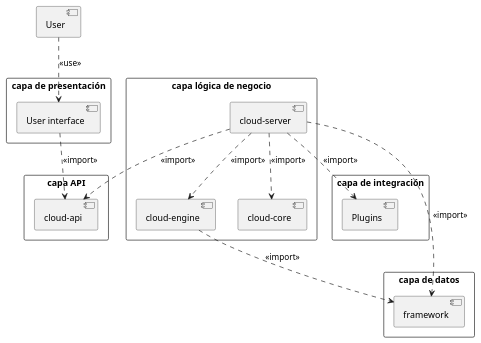
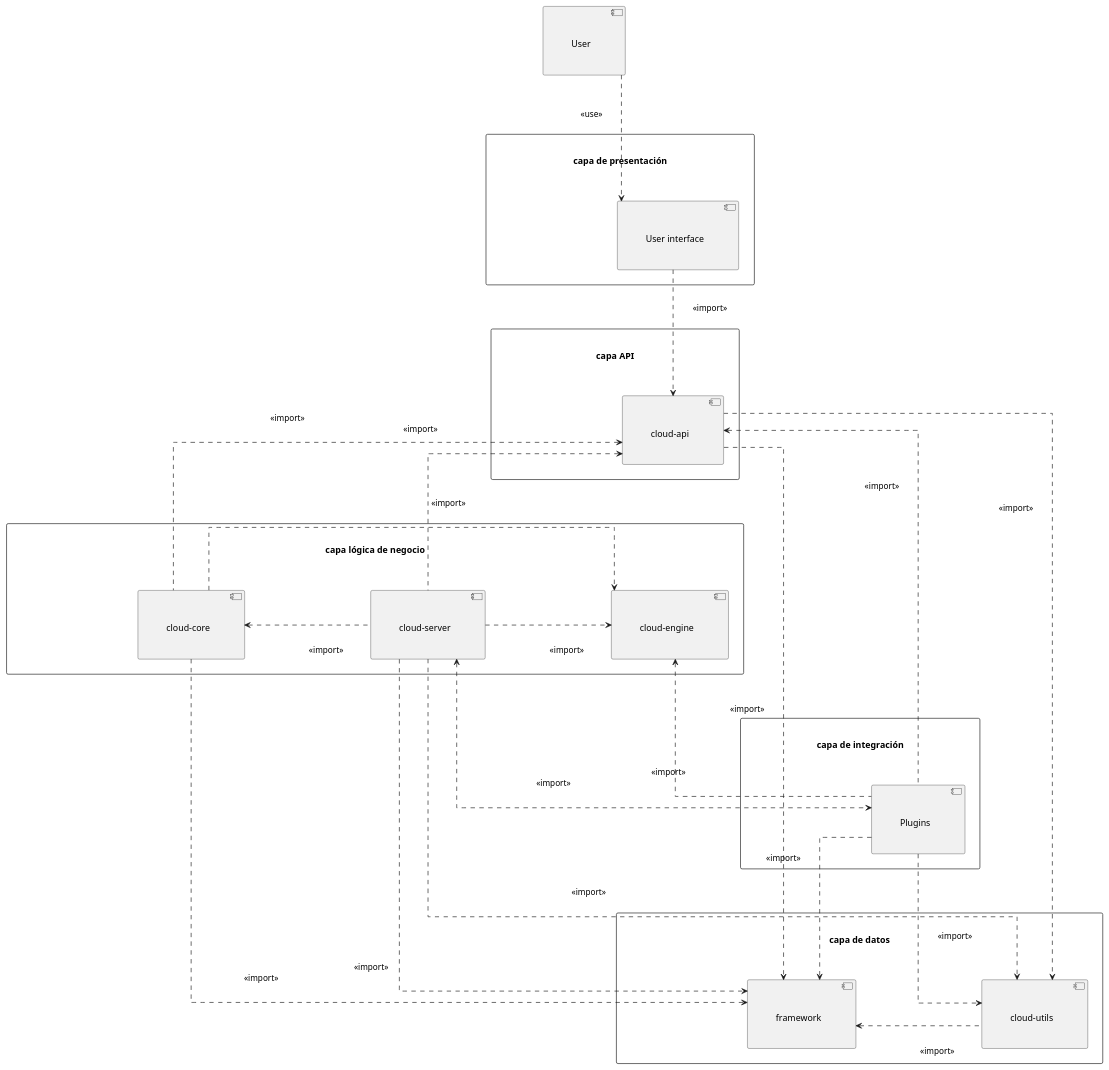
One commit to Rotrex53/Arquitectura-CloudStack changed the diagram in development.puml. Above: the diagram before and after it, drawn with PlantUML.

Commit message:
update development UML

```diff
--- a/development.puml
+++ b/development.puml
@@ -1,50 +1,83 @@
 @startuml
+' motor Smetana
+' !pragma layout smetana
+
 top to bottom direction
 skinparam packageStyle rectangle
+
+' separaciones 
+skinparam nodesep 200
+skinparam ranksep 200
+skinparam padding 30
+skinparam linetype ortho
+
 ' ========== Componentes ===========
 component "User"
 
 ' ----- Presentación ------
 package "capa de presentación" as presentation{
   component "User interface" as UI 
 }
 
 ' ----- API ------- 
 package "capa API" as apiLayer {
   component "cloud-api" as api
 }
 
 ' ----- Lógica de negocio -----
 package "capa lógica de negocio" as businessLayer {
   component "cloud-server" as server
   component "cloud-engine" as engine 
   component "cloud-core" as core 
 }
 
 ' ----- Integración ------
 package "capa de integración" as integration {
   component "Plugins"
 }
 
 ' ----- Datos -----
 package "capa de datos" as data {
   component "framework"
+  component "cloud-utils" as utils
 }
+' ========= ORGANIZACIÓN FORZADA ==========
+User -[hidden]down-> presentation
+presentation -[hidden]down-> apiLayer
+apiLayer -[hidden]down-> businessLayer
+businessLayer -[hidden]down-> integration
+integration -[hidden]down-> data
 
 ' ========= Relaciones en capas ==========
 ' user
-User ..> UI: <<use>>
+User .down.> UI: <<use>>
 
-' ui 
-UI ..> api: <<import>>
+' ui
+UI .down.> api: <<import>>
+
+' api 
+api .down.> utils: <<import>>
+api .down.> framework: <<import>>
 
 ' server 
-server ..> api: <<import>>
-server ..> core: <<import>>
-server ..> engine: <<import>>
-server ..> Plugins: <<import>>
-server ..> framework: <<import>>
+server .up.> api: <<import>>
+server .left.> core: <<import>>
+server .right.> engine: <<import>>
+server <.down.> Plugins: <<import>>
+server .down.> framework: <<import>>
+server .down.> utils: <<import>>
 
-' engine 
-engine ..> framework: <<import>>
+' core
+core .up.> api: <<import>>
+core .right.> engine: <<import>>
+core .down.> framework: <<import>>
+
+' utils
+utils .left.> framework: <<import>>
+
+' plugins
+Plugins .up.> api: <<import>>
+Plugins .down.> utils: <<import>>
+Plugins .down.> framework: <<import>>
+Plugins .up.> engine: <<import>>
 @enduml
```
